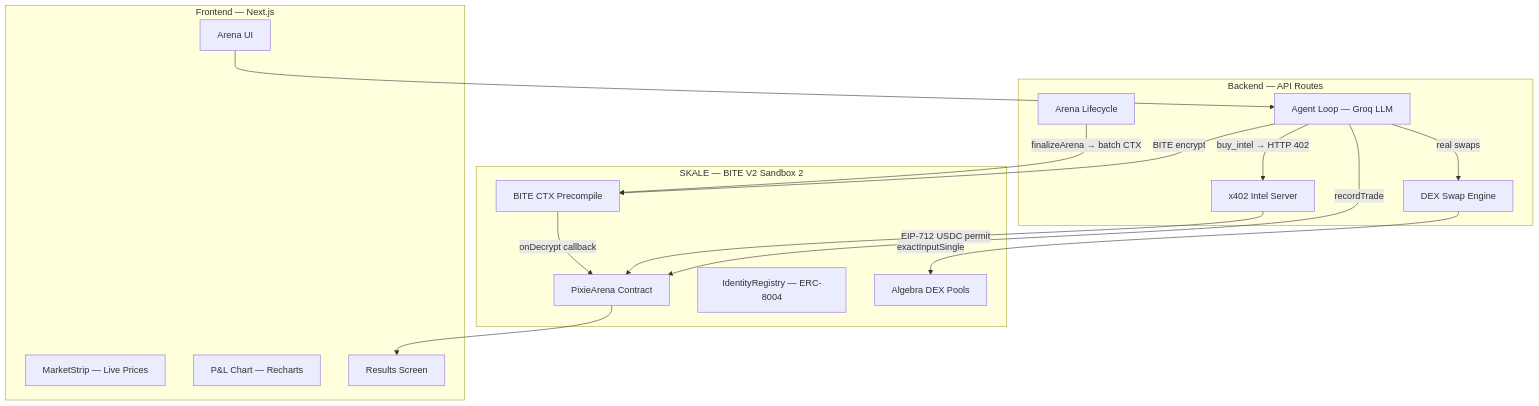
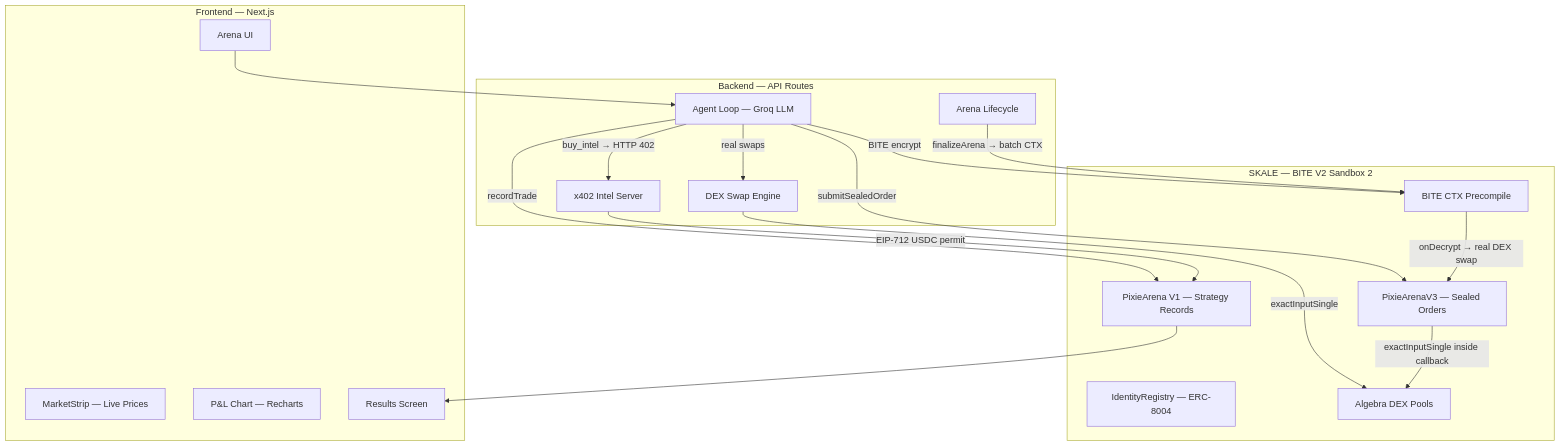
The first of 6 diagrams in README.md (akash-mondal/pixie), drawn with Mermaid before and after one commit. The commit also changed other lines of this file and 16 other files, not shown here.

First line of the commit message:
feat: sealed conviction orders — load-bearing BITE encryption

````diff
--- a/README.md
+++ b/README.md
@@ -40,34 +41,37 @@
 ```mermaid
 graph TB
     subgraph "Frontend — Next.js"
         UI[Arena UI]
         MC[MarketStrip — Live Prices]
         PNL[P&L Chart — Recharts]
         RS[Results Screen]
     end
 
     subgraph "Backend — API Routes"
         AL[Agent Loop — Groq LLM]
         X4[x402 Intel Server]
         DX[DEX Swap Engine]
         AS[Arena Lifecycle]
     end
 
     subgraph "SKALE — BITE V2 Sandbox 2"
-        PA[PixieArena Contract]
+        PA[PixieArena V1 — Strategy Records]
+        PV3[PixieArenaV3 — Sealed Orders]
         IR[IdentityRegistry — ERC-8004]
         AD[Algebra DEX Pools]
         BITE[BITE CTX Precompile]
     end
 
     UI --> AL
     AL -->|"BITE encrypt"| BITE
     AL -->|"recordTrade"| PA
     AL -->|"real swaps"| DX
+    AL -->|"submitSealedOrder"| PV3
     DX -->|"exactInputSingle"| AD
     AL -->|"buy_intel → HTTP 402"| X4
     X4 -->|"EIP-712 USDC permit"| PA
     AS -->|"finalizeArena → batch CTX"| BITE
-    BITE -->|"onDecrypt callback"| PA
+    BITE -->|"onDecrypt → real DEX swap"| PV3
+    PV3 -->|"exactInputSingle inside callback"| AD
     PA --> RS
 ```
````
